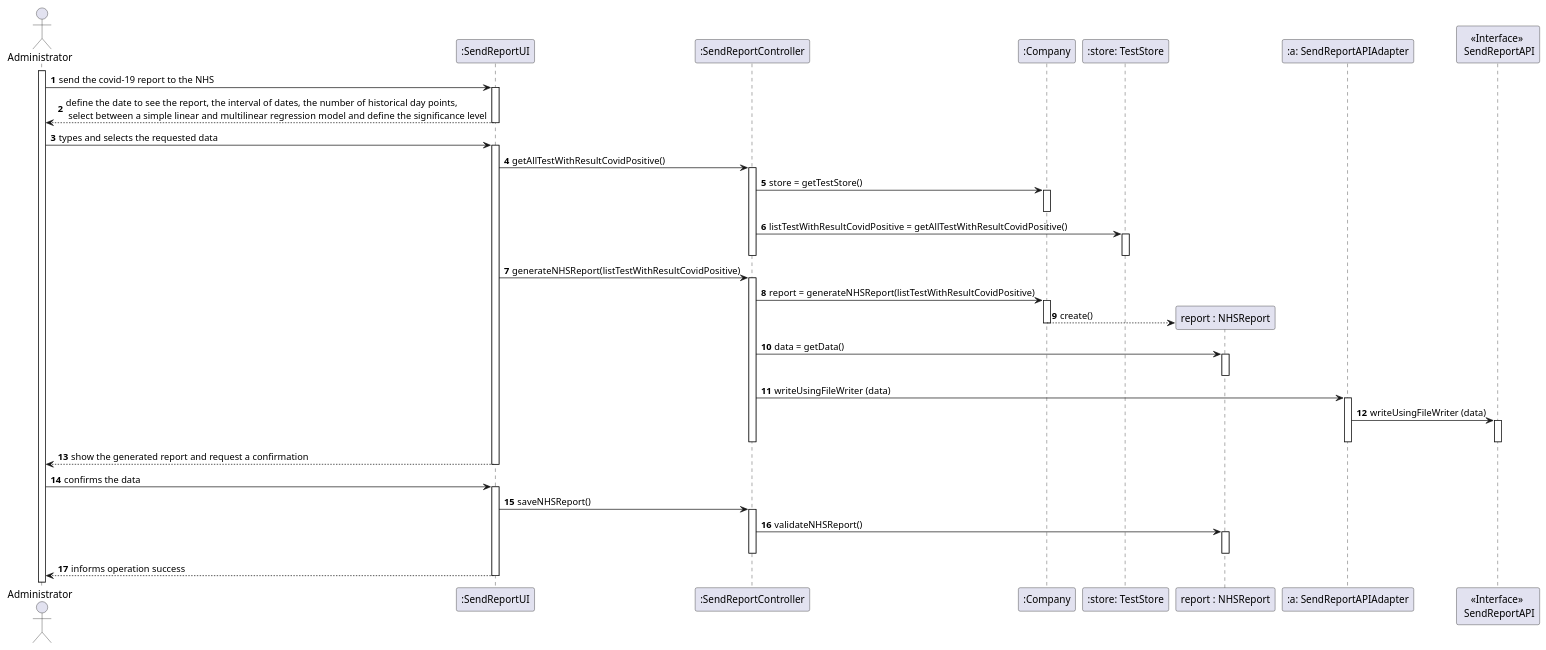
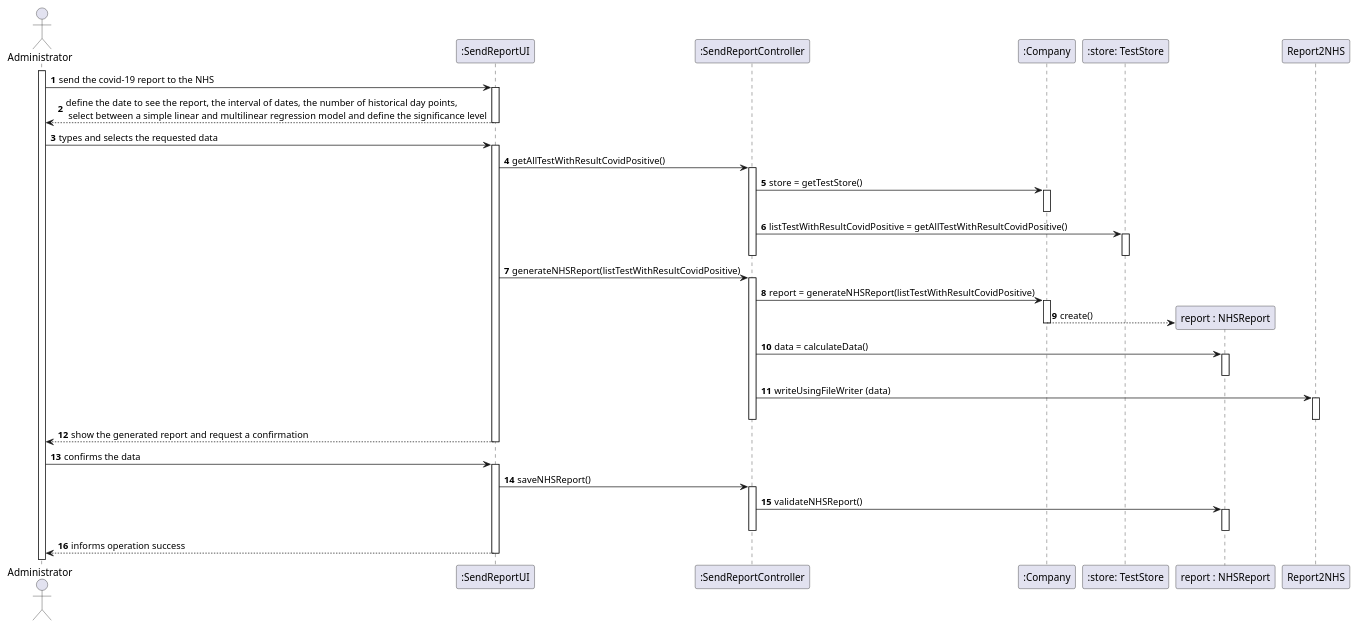
One commit to 0franciscor/lei-21-s2-1de-g19 changed the diagram in docs/SprintD/US18/US18-SD.puml. Above: the diagram before and after it, drawn with PlantUML. The commit also changed 4 other files, not shown here.

```diff
--- a/docs/SprintD/US18/US18-SD.puml
+++ b/docs/SprintD/US18/US18-SD.puml
@@ -1,78 +1,73 @@
 @startuml
 'https://plantuml.com/sequence-diagram
 
 autonumber
 
 actor "Administrator" as A
 activate A
 
 
 A -> ":SendReportUI" : send the covid-19 report to the NHS
 activate ":SendReportUI"
 ":SendReportUI" --> A: define the date to see the report, the interval of dates, the number of historical day points, \n select between a simple linear and multilinear regression model and define the significance level
 deactivate ":SendReportUI"
 
 A -> ":SendReportUI" : types and selects the requested data
 activate ":SendReportUI"
 ":SendReportUI" -> ":SendReportController": getAllTestWithResultCovidPositive()
 
 activate ":SendReportController"
 ":SendReportController" -> ":Company" : store = getTestStore()
 activate ":Company"
 deactivate ":Company"
 
 ":SendReportController" -> ":store: TestStore" : listTestWithResultCovidPositive = getAllTestWithResultCovidPositive()
 activate ":store: TestStore"
 deactivate ":store: TestStore"
 
 deactivate ":SendReportController"
 
 ":SendReportUI" -> ":SendReportController" : generateNHSReport(listTestWithResultCovidPositive)
 activate ":SendReportController"
 
 ":SendReportController" -> ":Company" : report = generateNHSReport(listTestWithResultCovidPositive)
 activate ":Company"
 
 create "report : NHSReport"
 ":Company" --> "report : NHSReport" : create()
 
 deactivate ":Company"
 
-":SendReportController" -> "report : NHSReport": data = getData()
+":SendReportController" -> "report : NHSReport": data = calculateData()
 activate "report : NHSReport"
 deactivate "report : NHSReport"
 
-":SendReportController" -> ":a: SendReportAPIAdapter": writeUsingFileWriter (data)
+":SendReportController" -> "Report2NHS": writeUsingFileWriter (data)
 
-activate ":a: SendReportAPIAdapter"
+activate "Report2NHS"
 
-":a: SendReportAPIAdapter" -> "<<Interface>> \n SendReportAPI": writeUsingFileWriter (data)
-
-activate "<<Interface>> \n SendReportAPI"
-deactivate "<<Interface>> \n SendReportAPI"
-
-deactivate ":a: SendReportAPIAdapter"
+deactivate "Report2NHS"
 
 deactivate ":SendReportController"
 
 ":SendReportUI" --> A: show the generated report and request a confirmation
 deactivate ":SendReportUI"
 
 A -> ":SendReportUI": confirms the data
 activate ":SendReportUI"
 
 ":SendReportUI" -> ":SendReportController": saveNHSReport()
 
 activate ":SendReportController"
 
 ":SendReportController" -> "report : NHSReport" : validateNHSReport()
 activate "report : NHSReport"
 deactivate "report : NHSReport"
 
 deactivate ":SendReportController"
 
 
 ":SendReportUI" --> A: informs operation success
 deactivate ":SendReportUI"
 
 @enduml
```
